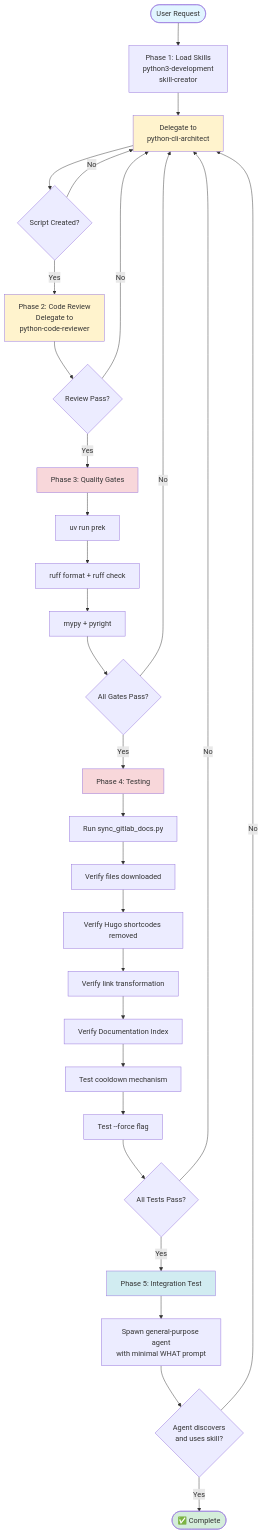
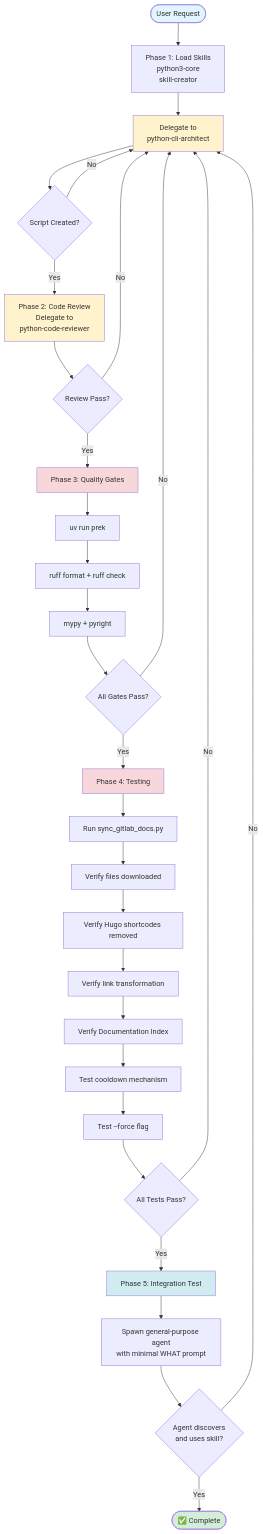
One commit to Jamie-BitFlight/claude_skills changed the diagram in plugins/plugin-creator/skills/add-doc-updater/references/doc-updater-template.md. Above: the diagram before and after it, drawn with Mermaid. The commit also changed other lines of this file and 381 other files, not shown here.

First line of the commit message:
chore(python3-development): retire the plugin into python-engineering

````diff
--- a/plugins/plugin-creator/skills/add-doc-updater/references/doc-updater-template.md
+++ b/plugins/plugin-creator/skills/add-doc-updater/references/doc-updater-template.md
@@ -11,46 +11,46 @@
 ```mermaid
 graph TD
-    Start([User Request]) --> LoadSkills[Phase 1: Load Skills<br/>python3-development<br/>skill-creator]
+    Start([User Request]) --> LoadSkills[Phase 1: Load Skills<br/>python3-core<br/>skill-creator]
     LoadSkills --> Architect[Delegate to<br/>python-cli-architect]
 
     Architect --> ScriptCreated{Script Created?}
     ScriptCreated -->|Yes| Review[Phase 2: Code Review<br/>Delegate to<br/>python-code-reviewer]
     ScriptCreated -->|No| Architect
 
     Review --> ReviewPass{Review Pass?}
     ReviewPass -->|Yes| QualityGates[Phase 3: Quality Gates]
     ReviewPass -->|No| Architect
 
     QualityGates --> PreCommit[uv run prek]
     PreCommit --> Ruff[ruff format + ruff check]
     Ruff --> TypeCheck[mypy + pyright]
 
     TypeCheck --> AllPass{All Gates Pass?}
     AllPass -->|Yes| Testing[Phase 4: Testing]
     AllPass -->|No| Architect
 
     Testing --> RunScript[Run sync_gitlab_docs.py]
     RunScript --> VerifyFiles[Verify files downloaded]
     VerifyFiles --> CheckShortcodes[Verify Hugo shortcodes removed]
     CheckShortcodes --> CheckLinks[Verify link transformation]
     CheckLinks --> CheckIndex[Verify Documentation Index]
     CheckIndex --> TestCooldown[Test cooldown mechanism]
     TestCooldown --> TestForce[Test --force flag]
 
     TestForce --> TestsPass{All Tests Pass?}
     TestsPass -->|Yes| Integration[Phase 5: Integration Test]
     TestsPass -->|No| Architect
 
     Integration --> SubAgent[Spawn general-purpose agent<br/>with minimal WHAT prompt]
     SubAgent --> AgentDiscovers{Agent discovers<br/>and uses skill?}
     AgentDiscovers -->|Yes| Complete([✅ Complete])
     AgentDiscovers -->|No| Architect
 
     style Start fill:#e1f5ff
     style Complete fill:#d4edda
     style Architect fill:#fff3cd
     style Review fill:#fff3cd
     style QualityGates fill:#f8d7da
     style Testing fill:#f8d7da
     style Integration fill:#d1ecf1
 ```
````
